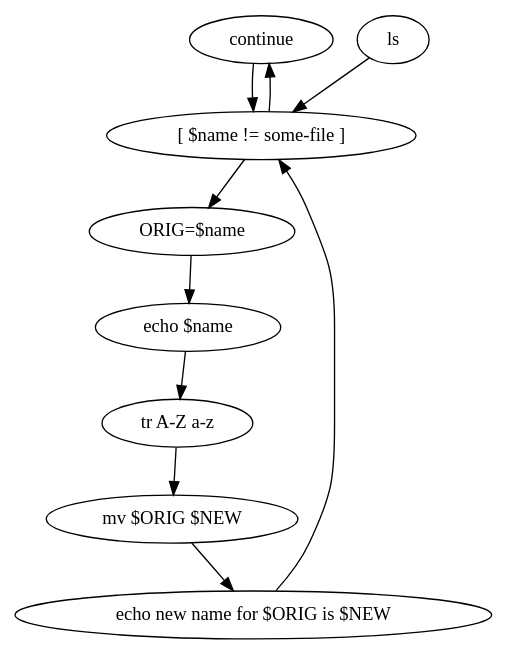
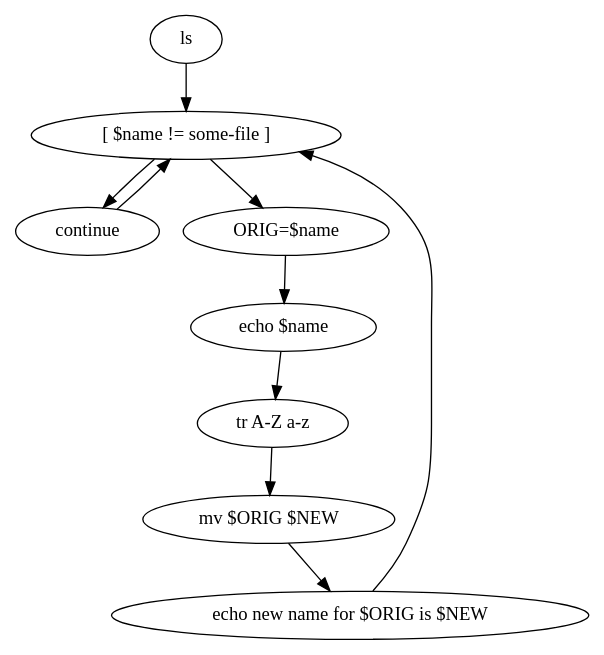
Before and after one commit to hongdal/bashlex: the diagram in module-dev/bashgraph/testcase/for-continue.dot, drawn with Graphviz. The commit also changed other lines of this file and 15 other files, not shown here.

```diff
--- a/module-dev/bashgraph/testcase/for-continue.dot
+++ b/module-dev/bashgraph/testcase/for-continue.dot
@@ -1,19 +1,19 @@
 digraph {
+4 [label=" ls"];
+20 [label=" \[ $name != some-file \]"];
 29 [label=" continue"];
-29 -> 20;
-4 [label=" ls"];
-4 -> 20;
+33 [label=" ORIG=$name"];
+41 [label=" echo $name"];
+46 [label=" tr A-Z a-z"];
+51 [label=" mv $ORIG $NEW"];
 58 [label=" echo new name for $ORIG is $NEW"];
 58 -> 20;
-20 [label=" \[ $name != some-file \]"];
+29 -> 20;
+4 -> 20;
 20 -> 29;
 20 -> 33;
-33 [label=" ORIG=$name"];
 33 -> 41;
-41 [label=" echo $name"];
 41 -> 46;
-46 [label=" tr A-Z a-z"];
 46 -> 51;
-51 [label=" mv $ORIG $NEW"];
 51 -> 58;
 }
```
